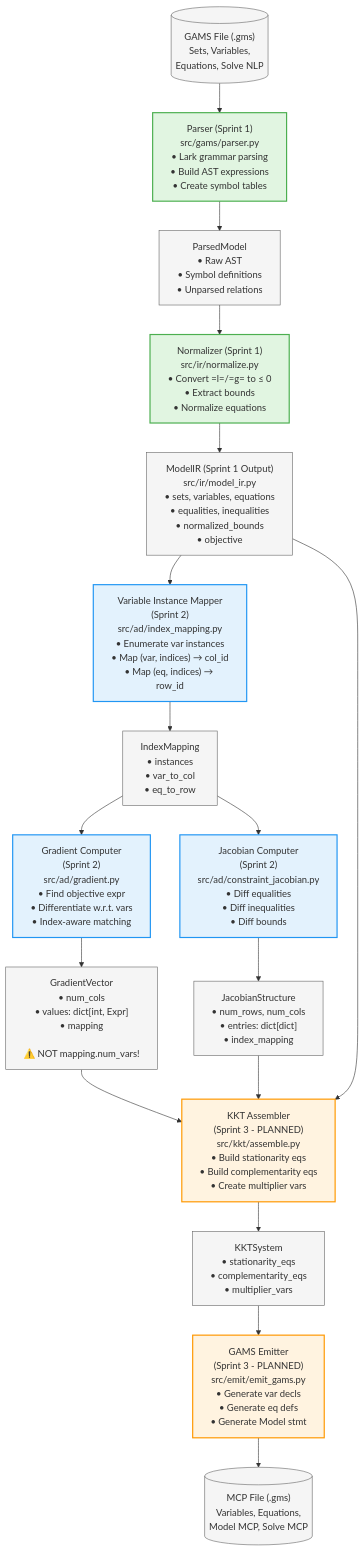
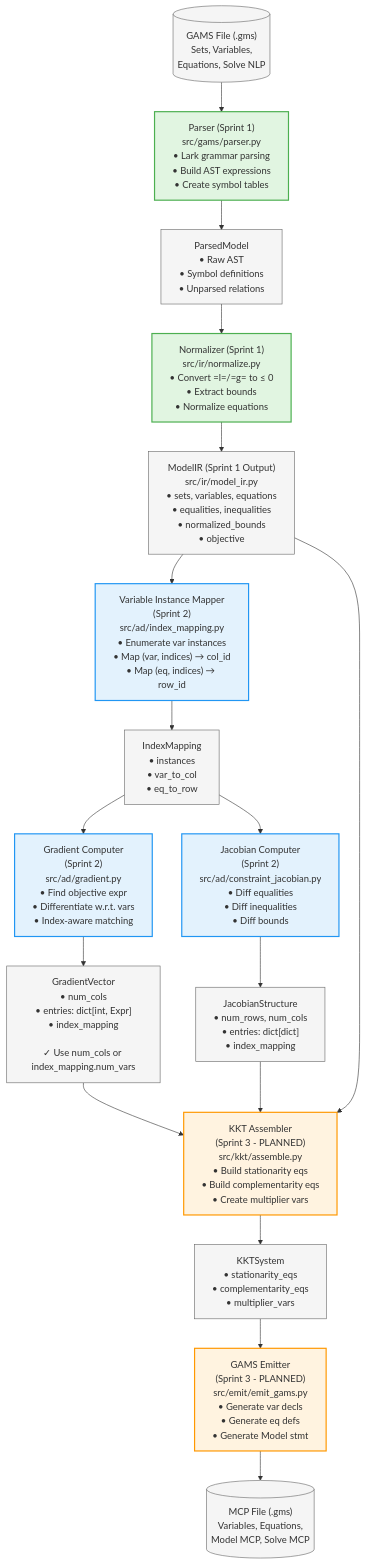
Before and after one commit to jeffreyhorn/nlp2mcp: the diagram in docs/architecture/SYSTEM_ARCHITECTURE.md, drawn with Mermaid. The commit also changed other lines of this file and 1 other file, not shown here.

First line of the commit message:
docs: Update architecture docs with correct API contracts

````diff
--- a/docs/architecture/SYSTEM_ARCHITECTURE.md
+++ b/docs/architecture/SYSTEM_ARCHITECTURE.md
@@ -25,59 +25,59 @@
 ```mermaid
 flowchart TD
     GAMS[("GAMS File (.gms)<br/>Sets, Variables,<br/>Equations, Solve NLP")]
     
     PARSER["Parser (Sprint 1)<br/>src/gams/parser.py<br/>• Lark grammar parsing<br/>• Build AST expressions<br/>• Create symbol tables"]
     
     PARSED["ParsedModel<br/>• Raw AST<br/>• Symbol definitions<br/>• Unparsed relations"]
     
     NORMALIZER["Normalizer (Sprint 1)<br/>src/ir/normalize.py<br/>• Convert =l=/=g= to ≤ 0<br/>• Extract bounds<br/>• Normalize equations"]
     
     MODELIR["ModelIR (Sprint 1 Output)<br/>src/ir/model_ir.py<br/>• sets, variables, equations<br/>• equalities, inequalities<br/>• normalized_bounds<br/>• objective"]
     
     INDEXMAP["Variable Instance Mapper<br/>(Sprint 2)<br/>src/ad/index_mapping.py<br/>• Enumerate var instances<br/>• Map (var, indices) → col_id<br/>• Map (eq, indices) → row_id"]
     
     MAPPING["IndexMapping<br/>• instances<br/>• var_to_col<br/>• eq_to_row"]
     
     GRADIENT["Gradient Computer<br/>(Sprint 2)<br/>src/ad/gradient.py<br/>• Find objective expr<br/>• Differentiate w.r.t. vars<br/>• Index-aware matching"]
     
     JACOBIAN["Jacobian Computer<br/>(Sprint 2)<br/>src/ad/constraint_jacobian.py<br/>• Diff equalities<br/>• Diff inequalities<br/>• Diff bounds"]
     
-    GRADVEC["GradientVector<br/>• num_cols<br/>• values: dict[int, Expr]<br/>• mapping<br/><br/>⚠️ NOT mapping.num_vars!"]
+    GRADVEC["GradientVector<br/>• num_cols<br/>• entries: dict[int, Expr]<br/>• index_mapping<br/><br/>✓ Use num_cols or index_mapping.num_vars"]
     
     JACSTRUCT["JacobianStructure<br/>• num_rows, num_cols<br/>• entries: dict[dict]<br/>• index_mapping"]
     
     KKT["KKT Assembler<br/>(Sprint 3 - PLANNED)<br/>src/kkt/assemble.py<br/>• Build stationarity eqs<br/>• Build complementarity eqs<br/>• Create multiplier vars"]
     
     KKTSYS["KKTSystem<br/>• stationarity_eqs<br/>• complementarity_eqs<br/>• multiplier_vars"]
     
     EMITTER["GAMS Emitter<br/>(Sprint 3 - PLANNED)<br/>src/emit/emit_gams.py<br/>• Generate var decls<br/>• Generate eq defs<br/>• Generate Model stmt"]
     
     MCP[("MCP File (.gms)<br/>Variables, Equations,<br/>Model MCP, Solve MCP")]
     
     GAMS --> PARSER
     PARSER --> PARSED
     PARSED --> NORMALIZER
     NORMALIZER --> MODELIR
     MODELIR --> INDEXMAP
     INDEXMAP --> MAPPING
     MAPPING --> GRADIENT
     MAPPING --> JACOBIAN
     GRADIENT --> GRADVEC
     JACOBIAN --> JACSTRUCT
     GRADVEC --> KKT
     JACSTRUCT --> KKT
     MODELIR --> KKT
     KKT --> KKTSYS
     KKTSYS --> EMITTER
     EMITTER --> MCP
     
     classDef sprint1 fill:#e1f5e1,stroke:#4caf50,stroke-width:2px
     classDef sprint2 fill:#e3f2fd,stroke:#2196f3,stroke-width:2px
     classDef sprint3 fill:#fff3e0,stroke:#ff9800,stroke-width:2px
     classDef data fill:#f5f5f5,stroke:#666,stroke-width:1px
     
     class PARSER,NORMALIZER sprint1
     class INDEXMAP,GRADIENT,JACOBIAN sprint2
     class KKT,EMITTER sprint3
     class GAMS,PARSED,MODELIR,MAPPING,GRADVEC,JACSTRUCT,KKTSYS,MCP data
 ```
````
